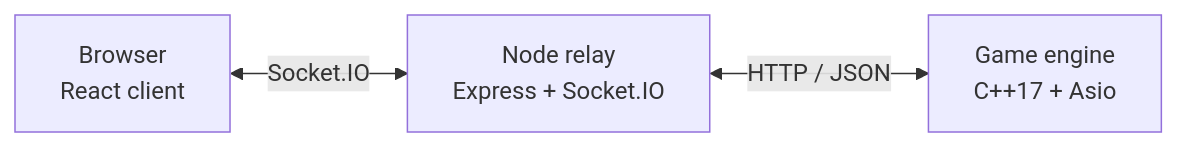
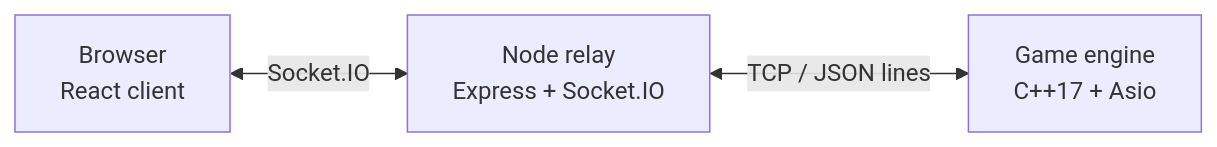
The diagram in readme.md (jamal474/Chess), drawn with Mermaid before and after one commit. The commit also changed other lines of this file and 41 other files, not shown here.

````diff
--- a/readme.md
+++ b/readme.md
@@ -43,5 +43,5 @@
 ```mermaid
 flowchart LR
     A[Browser<br/>React client] <-- Socket.IO --> B[Node relay<br/>Express + Socket.IO]
-    B <-- HTTP / JSON --> C[Game engine<br/>C++17 + Asio]
+    B <-- TCP / JSON lines --> C[Game engine<br/>C++17 + Asio]
 ```
````
